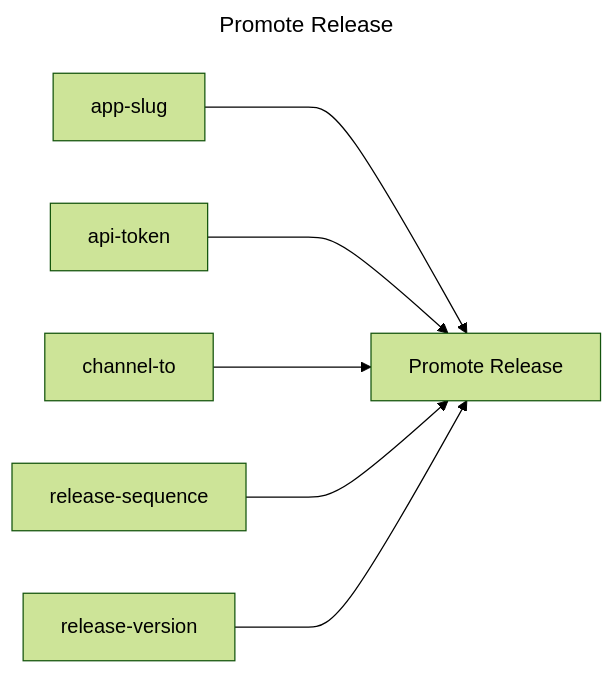
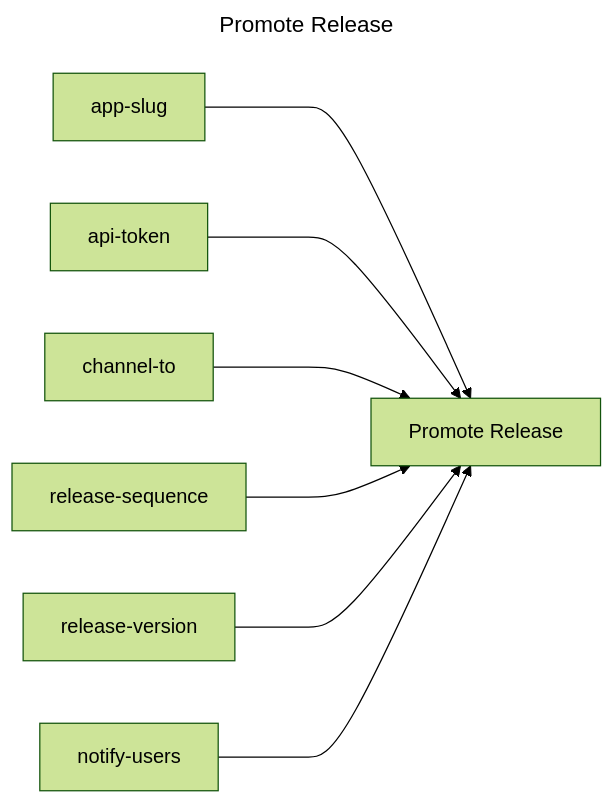
The diagram in promote-release/README.md (replicatedhq/replicated-actions), drawn with Mermaid (forest theme) before and after one commit. The commit also changed other lines of this file and 56 other files, not shown here.

First line of the commit message:
Add notify-users to release actions (#116)

````diff
--- a/promote-release/README.md
+++ b/promote-release/README.md
@@ -3,17 +3,19 @@
 ```mermaid
 ---
 title: Promote Release
 ---
 graph LR
 promote_release["Promote Release"]
 app_slug["app-slug"]
 api_token["api-token"]
 channel_to["channel-to"]
 release_sequence["release-sequence"]
 release_version["release-version"]
+notify_users["notify-users"]
 app_slug ---> promote_release
 api_token ---> promote_release
 channel_to ---> promote_release
 release_sequence ---> promote_release
 release_version ---> promote_release
+notify_users ---> promote_release
 ```
````
